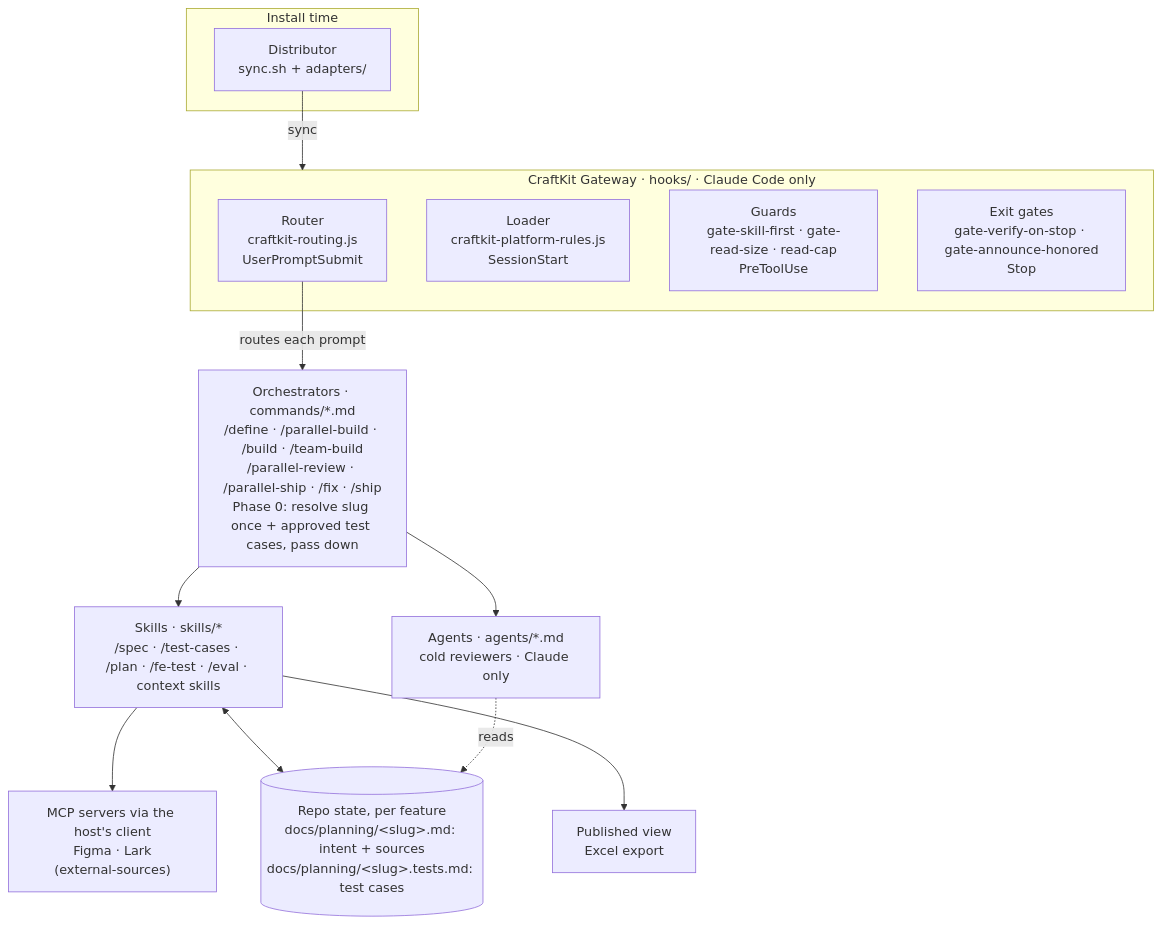
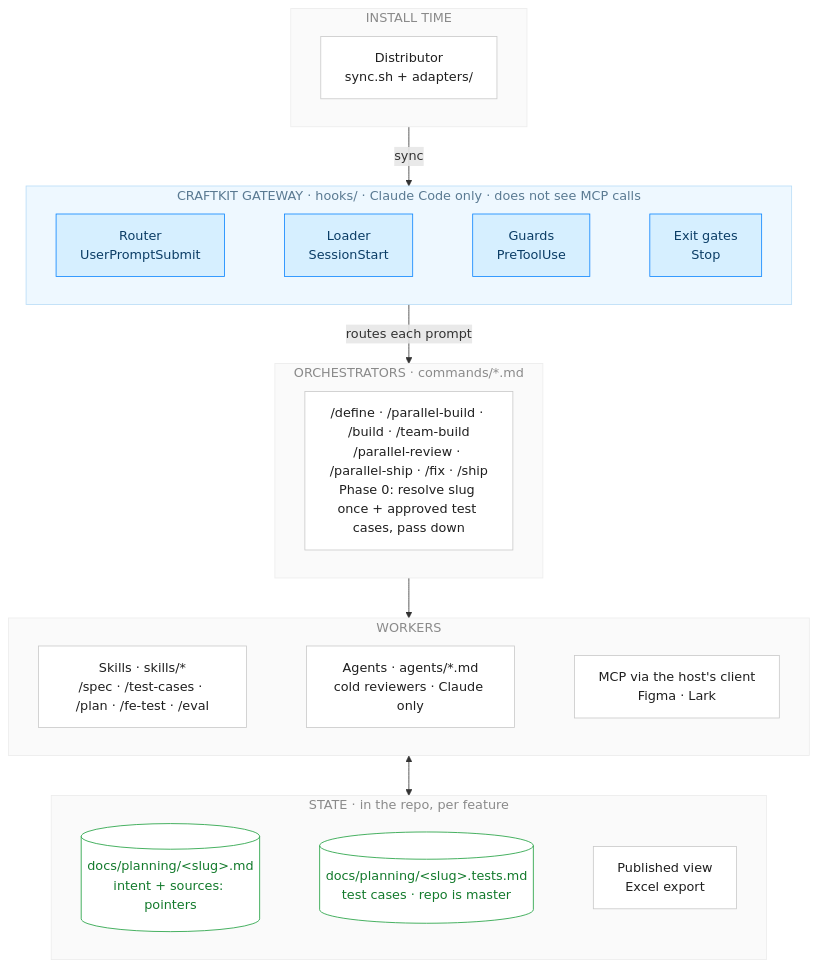
The second of 18 diagrams in README.md (raditia/CraftKit), drawn with Mermaid before and after one commit. The commit also changed other lines of this file, not shown here.

First line of the commit message:
docs: redraw README diagrams in staged playbook style

````diff
--- a/README.md
+++ b/README.md
@@ -196,27 +220,37 @@
 ```mermaid
-flowchart TD
-    subgraph INSTALL["Install time"]
-        D["Distributor\nsync.sh + adapters/"]
+flowchart TB
+    subgraph R1["INSTALL TIME"]
+        D["Distributor<br/>sync.sh + adapters/"]
     end
-    subgraph GW["CraftKit Gateway · hooks/ · Claude Code only"]
-        R["Router\ncraftkit-routing.js\nUserPromptSubmit"]
-        L["Loader\ncraftkit-platform-rules.js\nSessionStart"]
-        G["Guards\ngate-skill-first · gate-read-size · read-cap\nPreToolUse"]
-        X["Exit gates\ngate-verify-on-stop · gate-announce-honored\nStop"]
+    subgraph GW["CRAFTKIT GATEWAY · hooks/ · Claude Code only · does not see MCP calls"]
+        direction LR
+        R["Router<br/>UserPromptSubmit"] ~~~ L["Loader<br/>SessionStart"] ~~~ G["Guards<br/>PreToolUse"] ~~~ X["Exit gates<br/>Stop"]
     end
-    O["Orchestrators · commands/*.md\n/define · /parallel-build · /build · /team-build\n/parallel-review · /parallel-ship · /fix · /ship\nPhase 0: resolve slug once + approved test cases, pass down"]
-    S["Skills · skills/*\n/spec · /test-cases · /plan · /fe-test · /eval · context skills"]
-    A["Agents · agents/*.md\ncold reviewers · Claude only"]
-    M["MCP servers via the host's client\nFigma · Lark\n(external-sources)"]
-    ST[("Repo state, per feature\ndocs/planning/&lt;slug&gt;.md: intent + sources\ndocs/planning/&lt;slug&gt;.tests.md: test cases")]
-    V["Published view\nExcel export"]
+    subgraph R3["ORCHESTRATORS · commands/*.md"]
+        O["/define · /parallel-build · /build · /team-build<br/>/parallel-review · /parallel-ship · /fix · /ship<br/>Phase 0: resolve slug once + approved test cases, pass down"]
+    end
+    subgraph R4["WORKERS"]
+        direction LR
+        S["Skills · skills/*<br/>/spec · /test-cases · /plan · /fe-test · /eval"] ~~~ A["Agents · agents/*.md<br/>cold reviewers · Claude only"] ~~~ M["MCP via the host's client<br/>Figma · Lark"]
+    end
+    subgraph R5["STATE · in the repo, per feature"]
+        direction LR
+        ST1[("docs/planning/&lt;slug&gt;.md<br/>intent + sources: pointers")] ~~~ ST2[("docs/planning/&lt;slug&gt;.tests.md<br/>test cases · repo is master")] ~~~ V["Published view<br/>Excel export"]
+    end
+    R1 -- sync --> GW
+    GW -- routes each prompt --> R3
+    R3 --> R4
+    R4 <--> R5
 
-    D -- sync --> GW
-    R -- routes each prompt --> O
-    O --> S
-    O --> A
-    S --> M
-    S <--> ST
-    A -. reads .-> ST
-    S --> V
+    classDef n fill:#ffffff,stroke:#c9c9c9,color:#1f1f1f
+    classDef key fill:#d6efff,stroke:#0a84ff,color:#0b3d66
+    classDef ok fill:#ffffff,stroke:#1a9e3a,color:#137a2c
+    class D,O,S,A,M,V n
+    class R,L,G,X key
+    class ST1,ST2 ok
+    style R1 fill:#fafafa,stroke:#ececec,color:#8a8a8a
+    style GW fill:#eef8ff,stroke:#b8dcf7,color:#5a7a92
+    style R3 fill:#fafafa,stroke:#ececec,color:#8a8a8a
+    style R4 fill:#fafafa,stroke:#ececec,color:#8a8a8a
+    style R5 fill:#fafafa,stroke:#ececec,color:#8a8a8a
 ```
````
